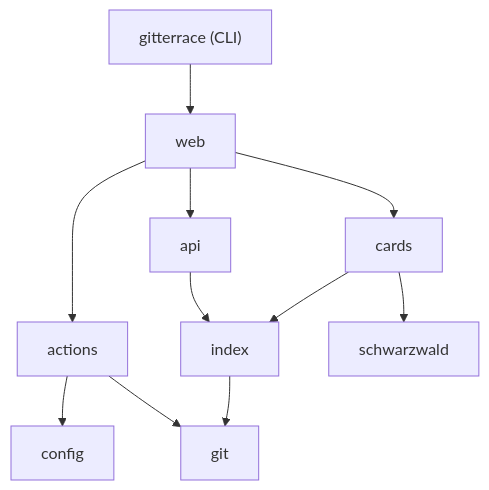
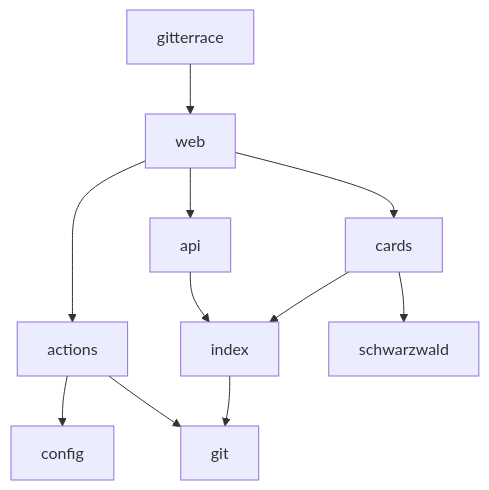
The diagram in docs/architecture.md (gitterrace/gitterrace), drawn with Mermaid before and after one commit. The commit also changed other lines of this file and 8 other files, not shown here.

First line of the commit message:
docs: cut prose to decisions in the README, actions and architecture

````diff
--- a/docs/architecture.md
+++ b/docs/architecture.md
@@ -4,22 +4,13 @@
 ```mermaid
 flowchart TD
-  gitterrace["gitterrace (CLI)"]
-  gitterrace_actions["actions"]
-  gitterrace_api["api"]
-  gitterrace_cards["cards"]
-  gitterrace_config["config"]
-  gitterrace_git["git"]
-  gitterrace_index["index"]
-  gitterrace_web["web"]
-  schwarzwald["schwarzwald"]
-  gitterrace --> gitterrace_web
-  gitterrace_actions --> gitterrace_config
-  gitterrace_actions --> gitterrace_git
-  gitterrace_api --> gitterrace_index
-  gitterrace_cards --> gitterrace_index
-  gitterrace_cards --> schwarzwald
-  gitterrace_index --> gitterrace_git
-  gitterrace_web --> gitterrace_actions
-  gitterrace_web --> gitterrace_api
-  gitterrace_web --> gitterrace_cards
+  gitterrace --> web
+  actions --> config
+  actions --> git
+  api --> index
+  cards --> index
+  cards --> schwarzwald
+  index --> git
+  web --> actions
+  web --> api
+  web --> cards
 ```
````
